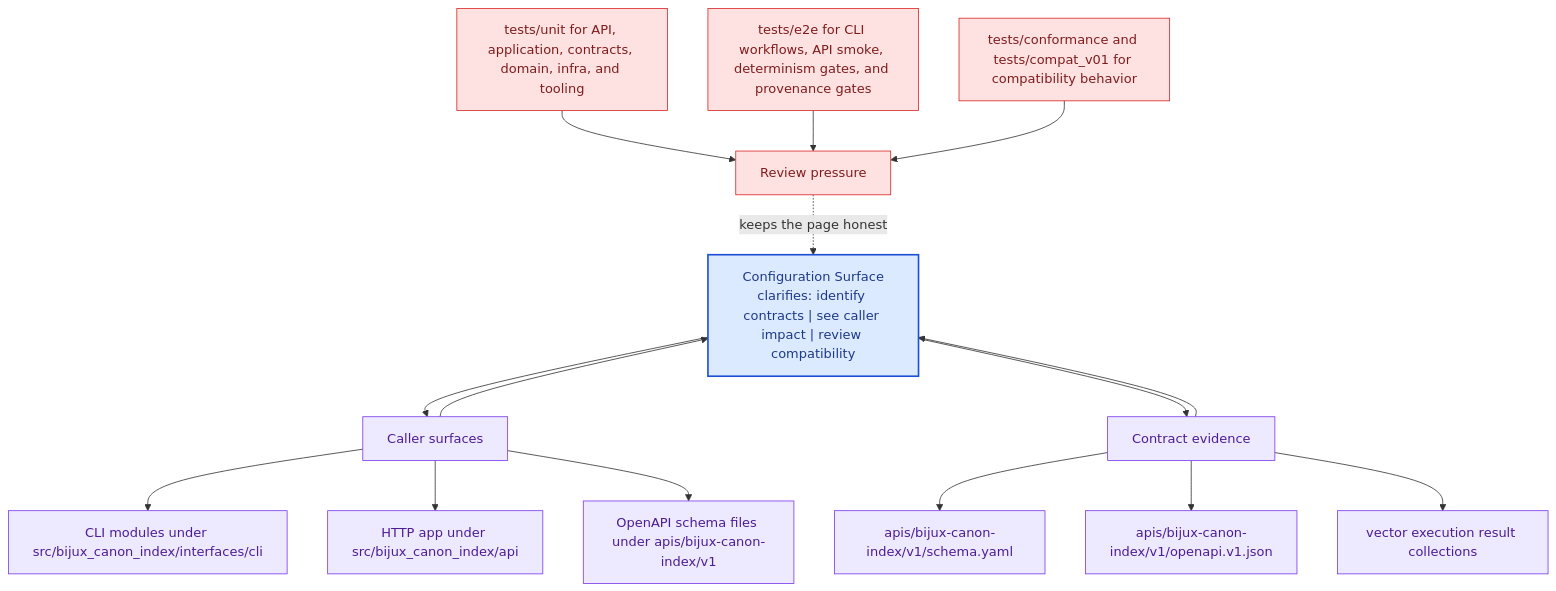
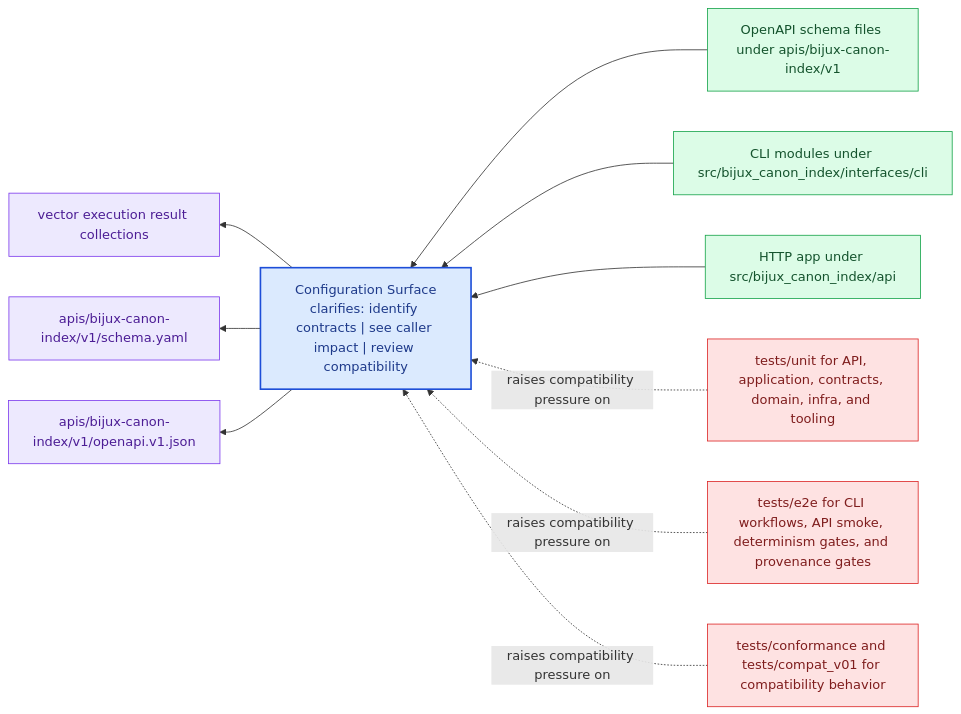
Before and after one commit to bijux/bijux-canon: the diagram in docs/bijux-canon-index/interfaces/configuration-surface.md, drawn with Mermaid. The commit also changed other lines of this file and 281 other files, not shown here.

Commit message:
docs(diagrams): replace repeated mermaid scaffolds with page-specific summaries

````diff
--- a/docs/bijux-canon-index/interfaces/configuration-surface.md
+++ b/docs/bijux-canon-index/interfaces/configuration-surface.md
@@ -68,41 +23,31 @@
 ```mermaid
-flowchart TB
-    promise["Configuration Surface<br/>clarifies: identify contracts | see caller impact | review compatibility"]
-    classDef promise fill:#dbeafe,stroke:#1d4ed8,color:#1e3a8a,stroke-width:2px;
-    classDef driver fill:#dcfce7,stroke:#16a34a,color:#14532d;
-    classDef constraint fill:#fee2e2,stroke:#dc2626,color:#7f1d1d;
-    classDef ground fill:#ede9fe,stroke:#7c3aed,color:#4c1d95;
-    focus1["Caller surfaces"]
-    focus1 --> promise
-    promise --> focus1
-    focus1_1["CLI modules under src/bijux_canon_index/interfaces/cli"]
-    focus1 --> focus1_1
-    focus1_2["HTTP app under src/bijux_canon_index/api"]
-    focus1 --> focus1_2
-    focus1_3["OpenAPI schema files under apis/bijux-canon-index/v1"]
-    focus1 --> focus1_3
-    class focus1 ground;
-    class focus1_1,focus1_2,focus1_3 ground;
-    focus2["Contract evidence"]
-    focus2 --> promise
-    promise --> focus2
-    focus2_1["apis/bijux-canon-index/v1/schema.yaml"]
-    focus2 --> focus2_1
-    focus2_2["apis/bijux-canon-index/v1/openapi.v1.json"]
-    focus2 --> focus2_2
-    focus2_3["vector execution result collections"]
-    focus2 --> focus2_3
-    class focus2 ground;
-    class focus2_1,focus2_2,focus2_3 ground;
-    focus3["Review pressure"]
-    focus3 -.keeps the page honest.-> promise
-    focus3_1["tests/unit for API, application, contracts, domain, infra, and tooling"]
-    focus3_1 --> focus3
-    focus3_2["tests/e2e for CLI workflows, API smoke, determinism gates, and provenance gates"]
-    focus3_2 --> focus3
-    focus3_3["tests/conformance and tests/compat_v01 for compatibility behavior"]
-    focus3_3 --> focus3
-    class focus3 constraint;
-    class focus3_1,focus3_2,focus3_3 constraint;
-    class promise promise;
+flowchart RL
+    page["Configuration Surface<br/>clarifies: identify contracts | see caller impact | review compatibility"]
+    classDef page fill:#dbeafe,stroke:#1d4ed8,color:#1e3a8a,stroke-width:2px;
+    classDef positive fill:#dcfce7,stroke:#16a34a,color:#14532d;
+    classDef caution fill:#fee2e2,stroke:#dc2626,color:#7f1d1d;
+    classDef anchor fill:#ede9fe,stroke:#7c3aed,color:#4c1d95;
+    classDef action fill:#fef3c7,stroke:#d97706,color:#7c2d12;
+    surface1["OpenAPI schema files under apis/bijux-canon-index/v1"]
+    surface1 --> page
+    surface2["CLI modules under src/bijux_canon_index/interfaces/cli"]
+    surface2 --> page
+    surface3["HTTP app under src/bijux_canon_index/api"]
+    surface3 --> page
+    proof1["vector execution result collections"]
+    page --> proof1
+    proof2["apis/bijux-canon-index/v1/schema.yaml"]
+    page --> proof2
+    proof3["apis/bijux-canon-index/v1/openapi.v1.json"]
+    page --> proof3
+    review1["tests/unit for API, application, contracts, domain, infra, and tooling"]
+    review1 -.raises compatibility pressure on.-> page
+    review2["tests/e2e for CLI workflows, API smoke, determinism gates, and provenance gates"]
+    review2 -.raises compatibility pressure on.-> page
+    review3["tests/conformance and tests/compat_v01 for compatibility behavior"]
+    review3 -.raises compatibility pressure on.-> page
+    class page page;
+    class surface1,surface2,surface3 positive;
+    class proof1,proof2,proof3 anchor;
+    class review1,review2,review3 caution;
 ```
````
